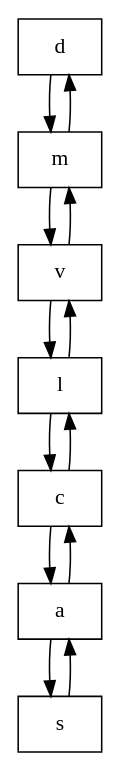
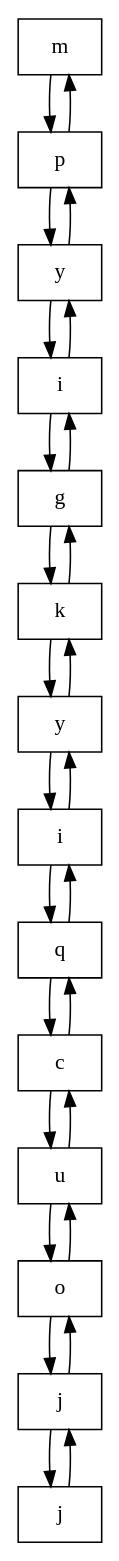
The diagram in FichasDeJugador2.dot (AdriGomez95/EDD_1S2020_PY1_201504236-master), drawn with Graphviz before and after one commit. The commit also changed 35 other files, not shown here.

```diff
--- a/FichasDeJugador2.dot
+++ b/FichasDeJugador2.dot
@@ -1,9 +1,16 @@
 digraph G{
-node0[shape = record,label = "d"];
-node1[shape = record,label = "m"];
-node2[shape = record,label = "v"];
-node3[shape = record,label = "l"];
-node4[shape = record,label = "c"];
-node5[shape = record,label = "a"];
-node6[shape = record,label = "s"];
-node0->node1->node2->node3->node4->node5->node6;node6->node5->node4->node3->node2->node1->node0;}
+node0[shape = record,label = "m"];
+node1[shape = record,label = "p"];
+node2[shape = record,label = "y"];
+node3[shape = record,label = "i"];
+node4[shape = record,label = "g"];
+node5[shape = record,label = "k"];
+node6[shape = record,label = "y"];
+node7[shape = record,label = "i"];
+node8[shape = record,label = "q"];
+node9[shape = record,label = "c"];
+node10[shape = record,label = "u"];
+node11[shape = record,label = "o"];
+node12[shape = record,label = "j"];
+node13[shape = record,label = "j"];
+node0->node1->node2->node3->node4->node5->node6->node7->node8->node9->node10->node11->node12->node13;node13->node12->node11->node10->node9->node8->node7->node6->node5->node4->node3->node2->node1->node0;}
```
